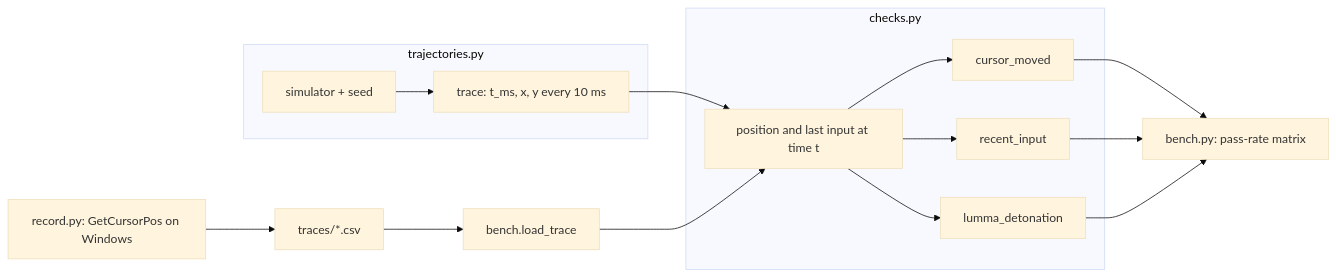
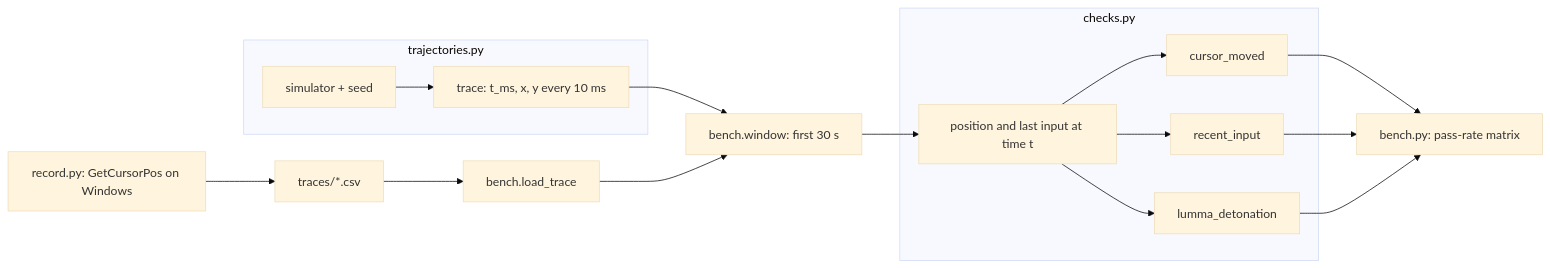
One commit to Arnaud1404/human-presence-checks changed the diagram in README.md. Above: the diagram before and after it, drawn with Mermaid (base theme). The commit also changed other lines of this file, not shown here.

````diff
--- a/README.md
+++ b/README.md
@@ -17,18 +19,19 @@
 ```mermaid
 flowchart LR
     subgraph sim [trajectories.py]
         G[simulator + seed] --> T[trace: t_ms, x, y every 10 ms]
     end
     R[record.py: GetCursorPos on Windows] --> CSV[traces/*.csv]
     CSV --> L[bench.load_trace]
-    T --> C
-    L --> C
+    T --> W[bench.window: first 30 s]
+    L --> W
+    W --> C
     subgraph chk [checks.py]
         C[position and last input at time t] --> M[cursor_moved]
         C --> I[recent_input]
         C --> LU[lumma_detonation]
     end
     M --> B[bench.py: pass-rate matrix]
     I --> B
     LU --> B
 ```
````
